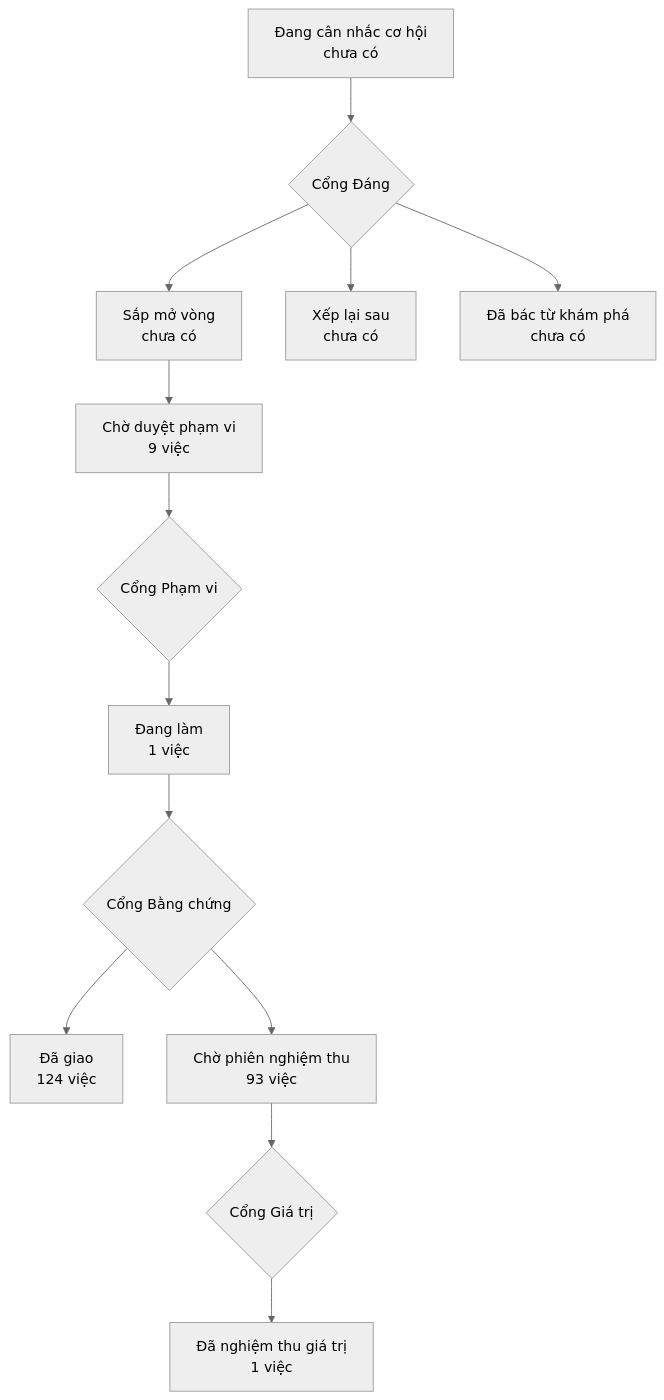
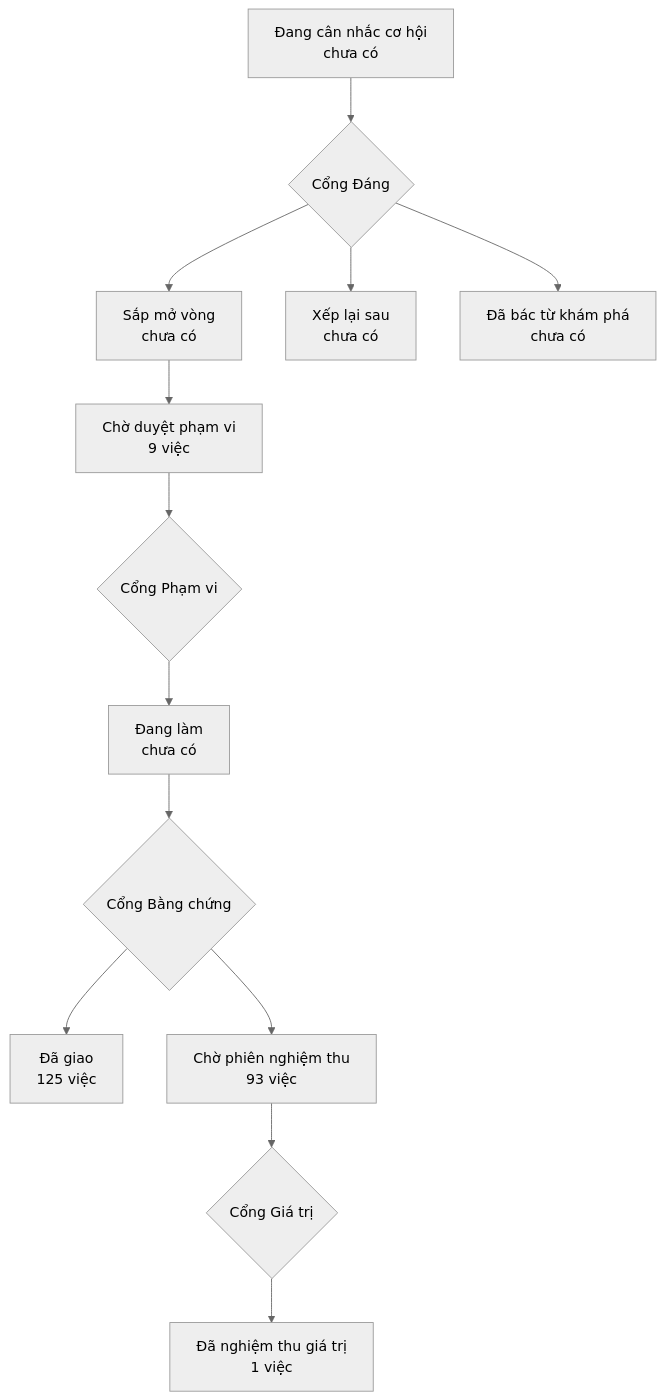
The diagram in PRODUCT-MAP.md (phanlemanh/onehub-invest), drawn with Mermaid (neutral theme) before and after one commit. The commit also changed other lines of this file and 7 other files, not shown here.

````diff
--- a/PRODUCT-MAP.md
+++ b/PRODUCT-MAP.md
@@ -7,12 +7,12 @@
 ```mermaid
 flowchart TD
   A["Đang cân nhắc cơ hội<br/>chưa có"] --> GD{"Cổng Đáng"}
   GD --> B["Sắp mở vòng<br/>chưa có"]
   GD --> XL["Xếp lại sau<br/>chưa có"]
   GD --> DB["Đã bác từ khám phá<br/>chưa có"]
   B --> CD["Chờ duyệt phạm vi<br/>9 việc"] --> GP{"Cổng Phạm vi"}
-  GP --> DL["Đang làm<br/>1 việc"] --> GB{"Cổng Bằng chứng"}
-  GB --> DG["Đã giao<br/>124 việc"]
+  GP --> DL["Đang làm<br/>chưa có"] --> GB{"Cổng Bằng chứng"}
+  GB --> DG["Đã giao<br/>125 việc"]
   GB --> CN["Chờ phiên nghiệm thu<br/>93 việc"] --> GG{"Cổng Giá trị"}
   GG --> NT["Đã nghiệm thu giá trị<br/>1 việc"]
 ```
````
